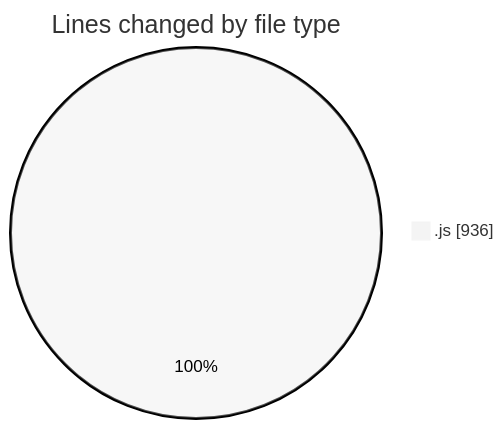
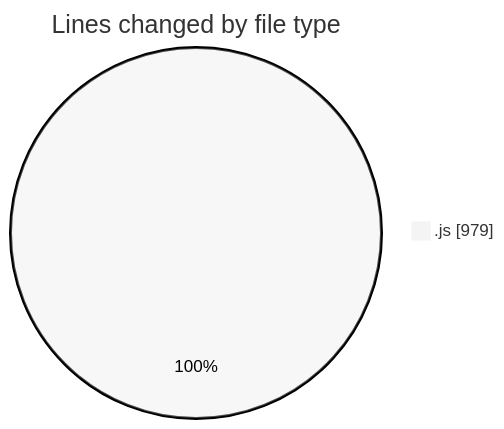
The first of 2 diagrams in 2026-02-04/cda/README.md (momahboobian/code-tracking), drawn with Mermaid (neutral theme) before and after one commit. The commit also changed other lines of this file and 1 other file, not shown here.

````diff
--- a/2026-02-04/cda/README.md
+++ b/2026-02-04/cda/README.md
@@ -20,5 +20,5 @@
 ```mermaid
 pie showData
 title Lines changed by file type
-".js" : 936
+".js" : 979
 ```
````
